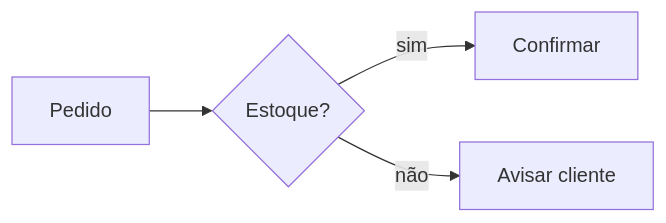
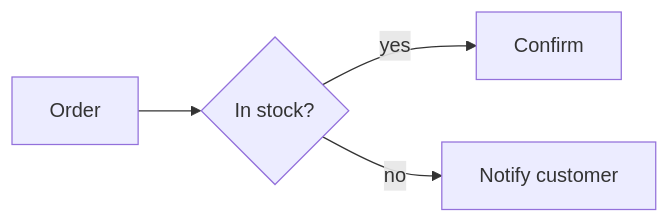
The diagram in .claude/skills/communication-simplified/SKILL.md (sandersonaraujorocha-profissional/harness), drawn with Mermaid before and after one commit. The commit also changed other lines of this file and 39 other files, not shown here.

````diff
--- a/.claude/skills/communication-simplified/SKILL.md
+++ b/.claude/skills/communication-simplified/SKILL.md
@@ -76,6 +59,6 @@
 ```mermaid
 flowchart LR
-  A["Pedido"] --> B{"Estoque?"}
-  B -- sim --> C["Confirmar"]
-  B -- não --> D["Avisar cliente"]
+  A["Order"] --> B{"In stock?"}
+  B -- yes --> C["Confirm"]
+  B -- no --> D["Notify customer"]
 ```
````
